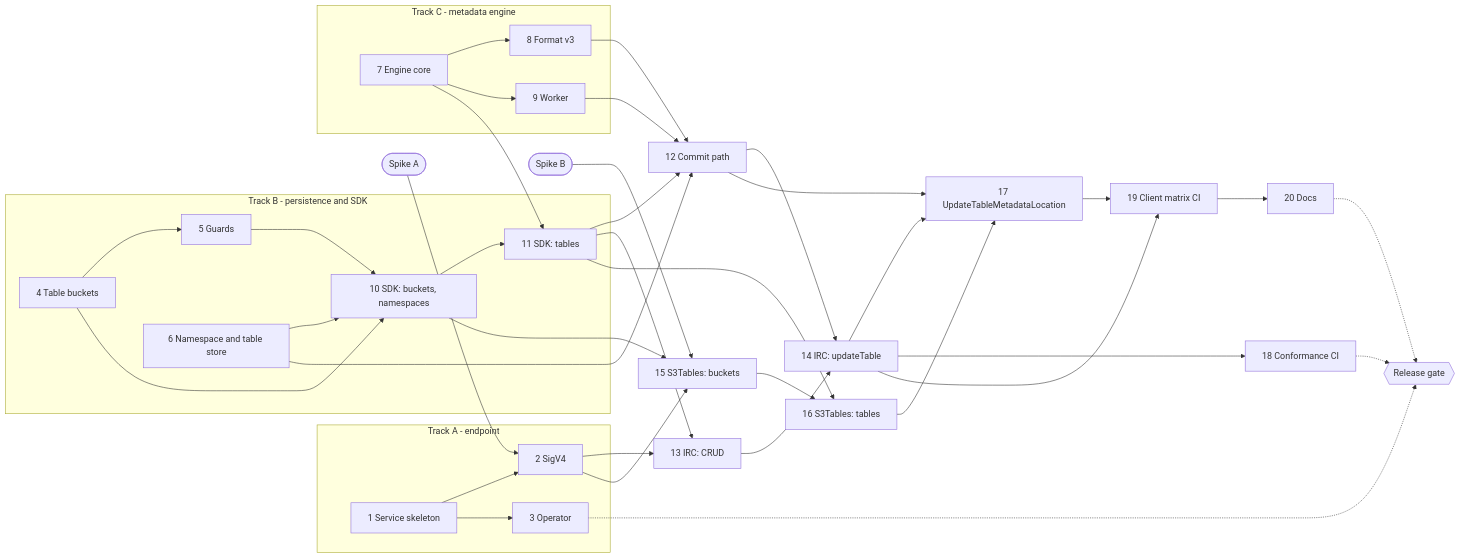
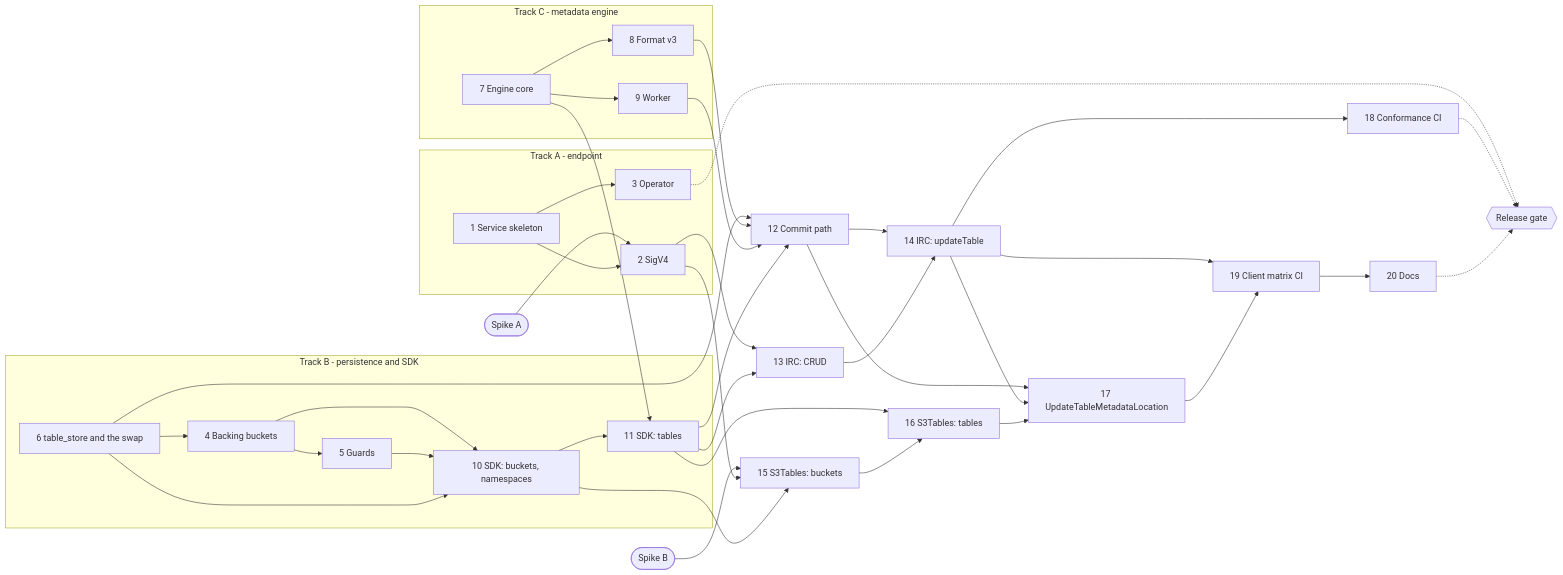
One commit to noobaa/noobaa-core changed the diagram in docs/design/s3-tables/s3-tables-implementation-plan.md. Above: the diagram before and after it, drawn with Mermaid. The commit also changed other lines of this file and 2 other files, not shown here.

First line of the commit message:
S3 Tables design: move table buckets into table_store

````diff
--- a/docs/design/s3-tables/s3-tables-implementation-plan.md
+++ b/docs/design/s3-tables/s3-tables-implementation-plan.md
@@ -82,50 +82,51 @@
 ```mermaid
 flowchart LR
     SA(["Spike A"]) --> S2
     SB(["Spike B"]) --> S15
 
     subgraph A["Track A - endpoint"]
         S1["1 Service skeleton"] --> S2["2 SigV4"]
         S1 --> S3["3 Operator"]
     end
 
     subgraph B["Track B - persistence and SDK"]
-        S4["4 Table buckets"] --> S5["5 Guards"]
+        S6["6 table_store and the swap"] --> S4["4 Backing buckets"]
+        S4 --> S5["5 Guards"]
         S4 --> S10["10 SDK: buckets, namespaces"]
         S5 --> S10
-        S6["6 Namespace and table store"] --> S10
+        S6 --> S10
         S10 --> S11["11 SDK: tables"]
     end
 
     subgraph C["Track C - metadata engine"]
         S7["7 Engine core"] --> S8["8 Format v3"]
         S7 --> S9["9 Worker"]
     end
 
     S7 --> S11
     S6 --> S12["12 Commit path"]
     S8 --> S12
     S9 --> S12
     S11 --> S12
 
     S2 --> S13["13 IRC: CRUD"]
     S11 --> S13
     S12 --> S14["14 IRC: updateTable"]
     S13 --> S14
     S2 --> S15["15 S3Tables: buckets"]
     S10 --> S15
     S11 --> S16["16 S3Tables: tables"]
     S15 --> S16
     S12 --> S17["17 UpdateTableMetadataLocation"]
     S14 --> S17
     S16 --> S17
 
     S14 --> S18["18 Conformance CI"]
     S14 --> S19["19 Client matrix CI"]
     S17 --> S19
     S19 --> S20["20 Docs"]
 
     S3 -.-> R{{"Release gate"}}
     S18 -.-> R
     S20 -.-> R
 ```
````
